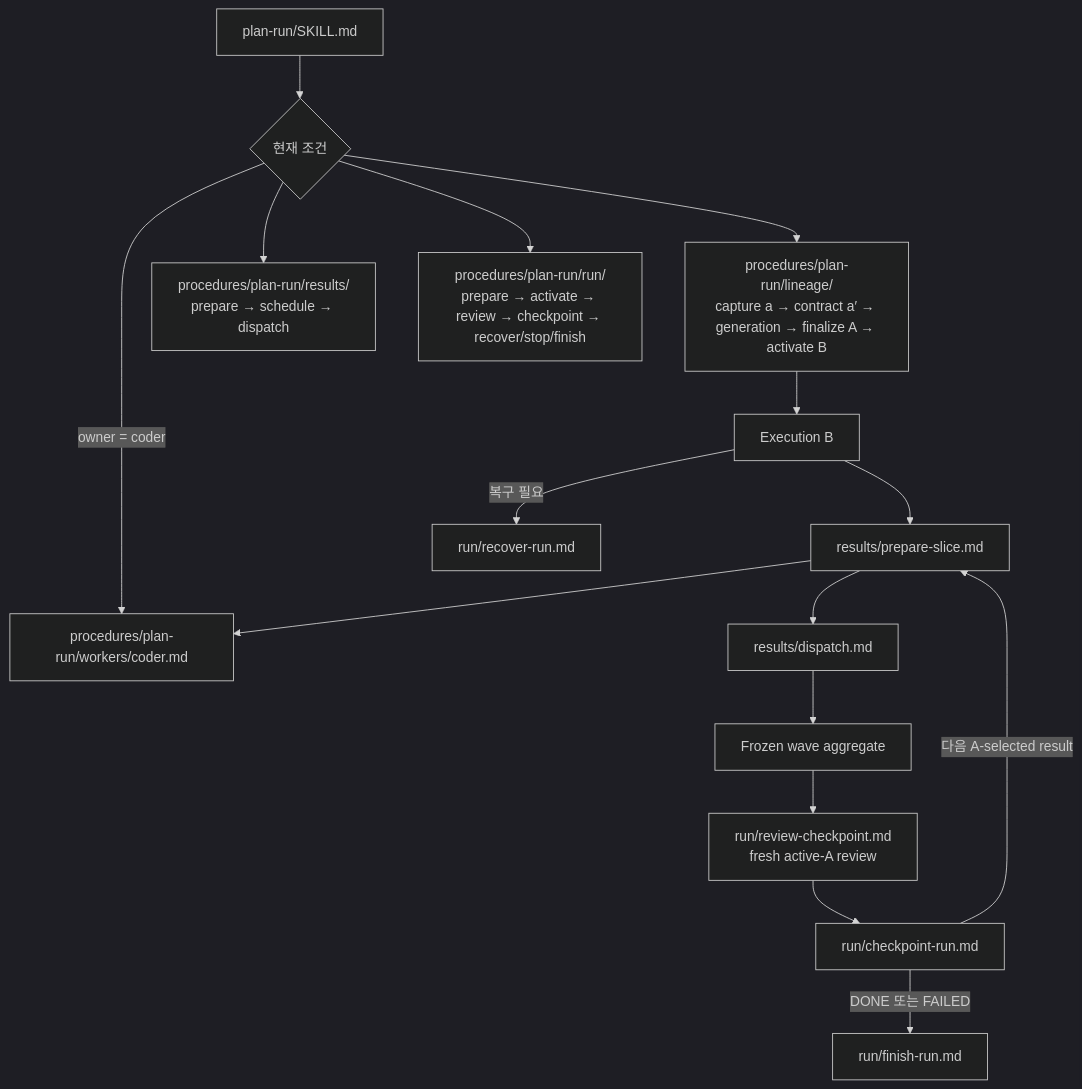
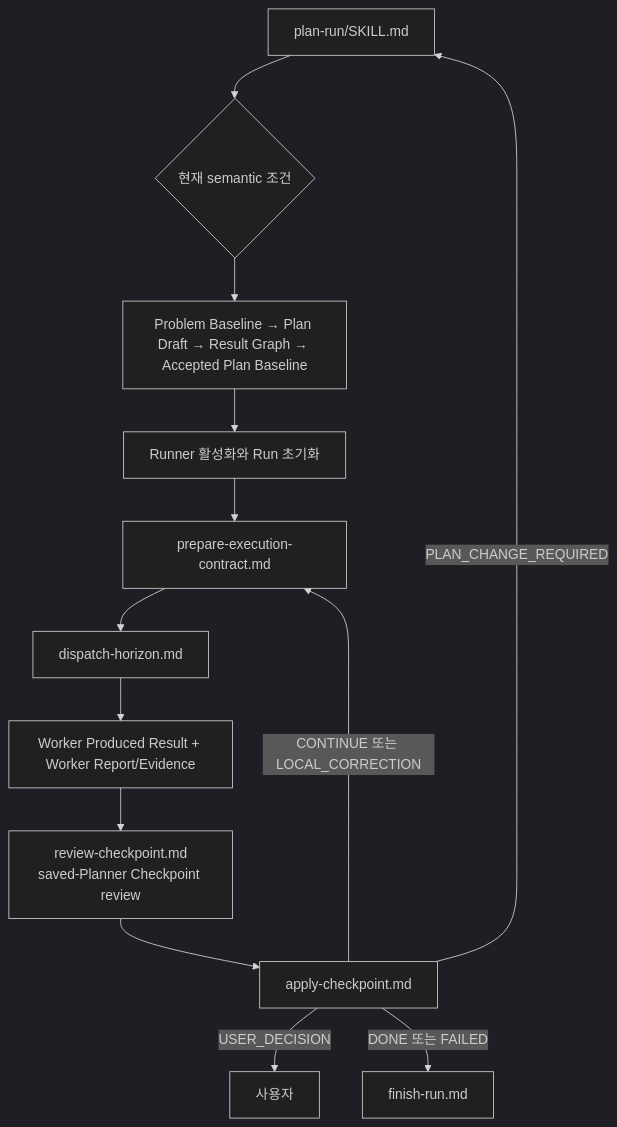
Before and after one commit to Won6314/head-agent-core: the second of 2 diagrams in packages/core/theory/context-management/ko/instruction-routing-map.md, drawn with Mermaid (dark theme). The commit also changed other lines of this file and 102 other files, not shown here.

Commit message:
feat(core): simplify semantic run workflow

````diff
--- a/packages/core/theory/context-management/ko/instruction-routing-map.md
+++ b/packages/core/theory/context-management/ko/instruction-routing-map.md
@@ -61,20 +36,15 @@
 ```mermaid
 flowchart TD
-    PLAN["plan-run/SKILL.md"] --> STATE{"현재 조건"}
-
-    STATE --> LINEAGE["procedures/plan-run/lineage/<br/>capture a → contract a′ → generation → finalize A → activate B"]
-    STATE --> RESULT["procedures/plan-run/results/<br/>prepare → schedule → dispatch"]
-    STATE --> RUN["procedures/plan-run/run/<br/>prepare → activate → review → checkpoint → recover/stop/finish"]
-    STATE -->|"owner = coder"| CODER["procedures/plan-run/workers/coder.md"]
-
-    LINEAGE --> B["Execution B"]
-    B --> PREP["results/prepare-slice.md"]
-    PREP --> CODER
-    PREP --> DISPATCH["results/dispatch.md"]
-    DISPATCH --> WAVE["Frozen wave aggregate"]
-    WAVE --> REVIEW["run/review-checkpoint.md<br/>fresh active-A review"]
-    REVIEW --> CHECK["run/checkpoint-run.md"]
-    CHECK -->|"다음 A-selected result"| PREP
-    CHECK -->|"DONE 또는 FAILED"| FINISH["run/finish-run.md"]
-    B -->|"복구 필요"| RECOVER["run/recover-run.md"]
+    PLAN["plan-run/SKILL.md"] --> CONDITION{"현재 semantic 조건"}
+    CONDITION --> PB["Problem Baseline → Plan Draft → Result Graph → Accepted Plan Baseline"]
+    PB --> RUNNER["Runner 활성화와 Run 초기화"]
+    RUNNER --> CONTRACT["prepare-execution-contract.md"]
+    CONTRACT --> DISPATCH["dispatch-horizon.md"]
+    DISPATCH --> WORKER["Worker Produced Result + Worker Report/Evidence"]
+    WORKER --> REVIEW["review-checkpoint.md<br/>saved-Planner Checkpoint review"]
+    REVIEW --> APPLY["apply-checkpoint.md"]
+    APPLY -->|"CONTINUE 또는 LOCAL_CORRECTION"| CONTRACT
+    APPLY -->|"PLAN_CHANGE_REQUIRED"| PLAN
+    APPLY -->|"USER_DECISION"| USER["사용자"]
+    APPLY -->|"DONE 또는 FAILED"| FINISH["finish-run.md"]
 ```
````
